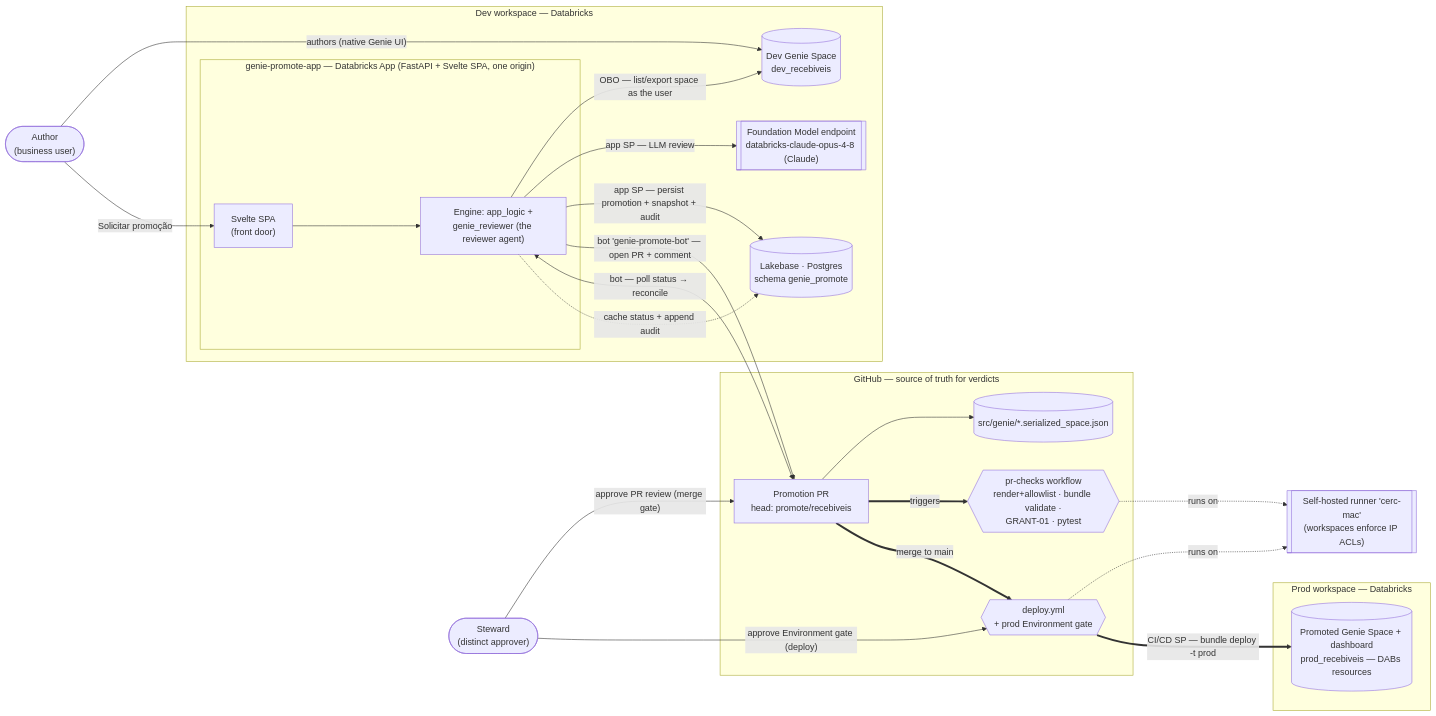
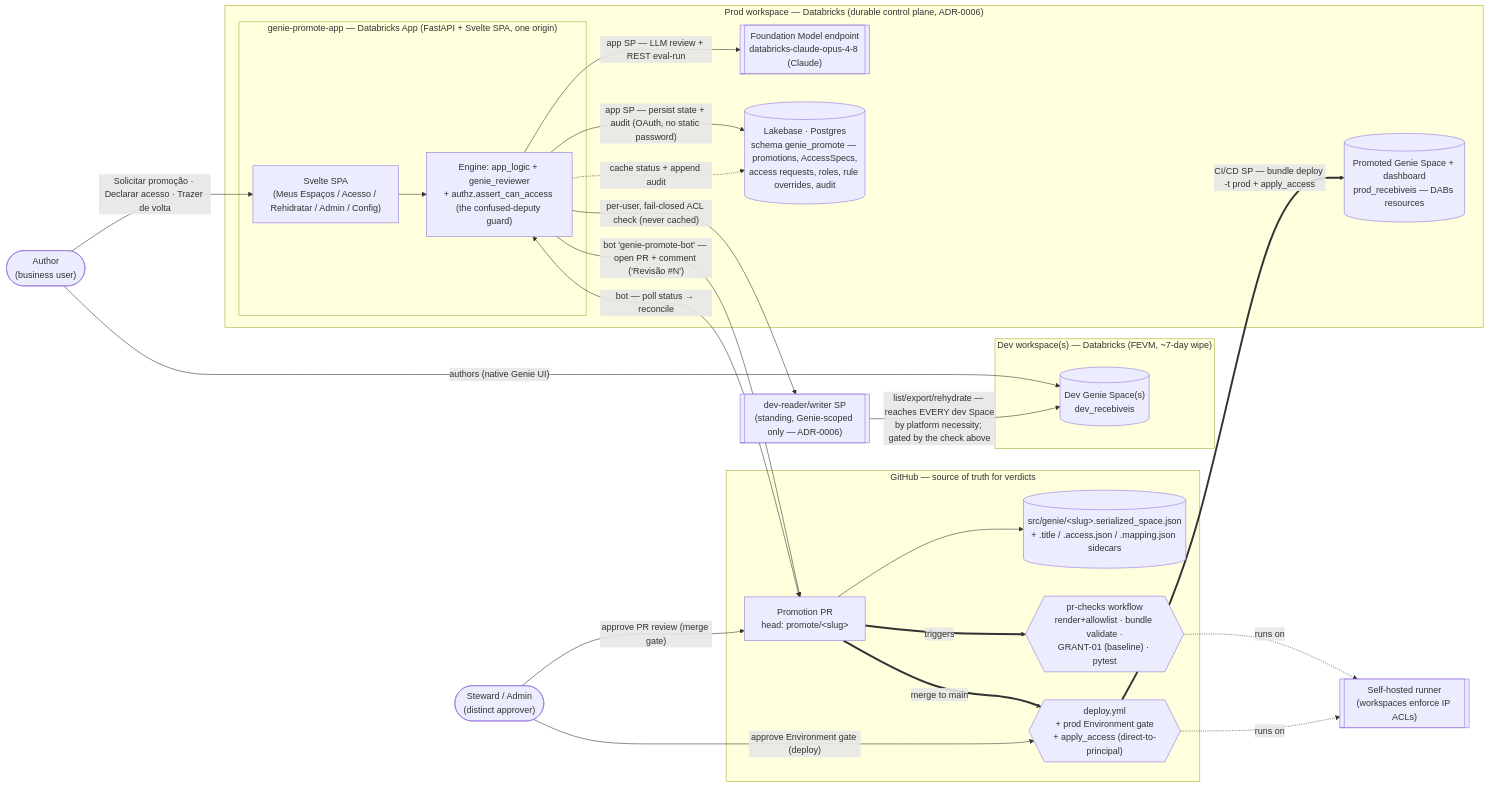
Before and after one commit to malcolndandaro/genie-promote-cicd: the first of 2 diagrams in README.md, drawn with Mermaid. The commit also changed other lines of this file and 16 other files, not shown here.

First line of the commit message:
Docs overhaul + real REST eval-run + 'Abrir Genie em produção' button

````diff
--- a/README.md
+++ b/README.md
@@ -15,46 +17,49 @@
 ```mermaid
 flowchart LR
   author(["Author<br/>(business user)"])
-  steward(["Steward<br/>(distinct approver)"])
+  steward(["Steward / Admin<br/>(distinct approver)"])
 
-  subgraph dev["Dev workspace — Databricks"]
-    genie[("Dev Genie Space<br/>dev_recebiveis")]
+  subgraph prod["Prod workspace — Databricks (durable control plane, ADR-0006)"]
     fm[["Foundation Model endpoint<br/>databricks-claude-opus-4-8 (Claude)"]]
-    lakebase[("Lakebase · Postgres<br/>schema genie_promote")]
+    lakebase[("Lakebase · Postgres<br/>schema genie_promote — promotions, AccessSpecs,<br/>access requests, roles, rule overrides, audit")]
     subgraph app["genie-promote-app — Databricks App (FastAPI + Svelte SPA, one origin)"]
-      spa["Svelte SPA<br/>(front door)"]
-      engine["Engine: app_logic +<br/>genie_reviewer (the reviewer agent)"]
+      spa["Svelte SPA<br/>(Meus Espaços / Acesso / Rehidratar / Admin / Config)"]
+      engine["Engine: app_logic + genie_reviewer<br/>+ authz.assert_can_access (the confused-deputy guard)"]
     end
-  end
-
-  subgraph gh["GitHub — source of truth for verdicts"]
-    src[("src/genie/*.serialized_space.json")]
-    pr["Promotion PR<br/>head: promote/recebiveis"]
-    checks{{"pr-checks workflow<br/>render+allowlist · bundle validate ·<br/>GRANT-01 · pytest"}}
-    deploy{{"deploy.yml<br/>+ prod Environment gate"}}
-  end
-
-  runner[["Self-hosted runner 'cerc-mac'<br/>(workspaces enforce IP ACLs)"]]
-
-  subgraph prod["Prod workspace — Databricks"]
     prodres[("Promoted Genie Space + dashboard<br/>prod_recebiveis — DABs resources")]
   end
 
+  subgraph devws["Dev workspace(s) — Databricks (FEVM, ~7-day wipe)"]
+    genie[("Dev Genie Space(s)<br/>dev_recebiveis")]
+  end
+
+  devsp[["dev-reader/writer SP<br/>(standing, Genie-scoped only — ADR-0006)"]]
+
+  subgraph gh["GitHub — source of truth for verdicts"]
+    src[("src/genie/&lt;slug&gt;.serialized_space.json<br/>+ .title / .access.json / .mapping.json sidecars")]
+    pr["Promotion PR<br/>head: promote/&lt;slug&gt;"]
+    checks{{"pr-checks workflow<br/>render+allowlist · bundle validate ·<br/>GRANT-01 (baseline) · pytest"}}
+    deploy{{"deploy.yml<br/>+ prod Environment gate<br/>+ apply_access (direct-to-principal)"}}
+  end
+
+  runner[["Self-hosted runner<br/>(workspaces enforce IP ACLs)"]]
+
   author -->|"authors (native Genie UI)"| genie
-  author -->|"Solicitar promoção"| spa
+  author -->|"Solicitar promoção · Declarar acesso · Trazer de volta"| spa
   spa --> engine
-  engine -->|"OBO — list/export space as the user"| genie
-  engine -->|"app SP — LLM review"| fm
-  engine -->|"app SP — persist promotion + snapshot + audit"| lakebase
-  engine -->|"bot 'genie-promote-bot' — open PR + comment"| pr
+  engine -->|"per-user, fail-closed ACL check (never cached)"| devsp
+  devsp -->|"list/export/rehydrate — reaches EVERY dev Space<br/>by platform necessity; gated by the check above"| genie
+  engine -->|"app SP — LLM review + REST eval-run"| fm
+  engine -->|"app SP — persist state + audit (OAuth, no static password)"| lakebase
+  engine -->|"bot 'genie-promote-bot' — open PR + comment ('Revisão #N')"| pr
   pr --> src
   pr ==>|triggers| checks
   checks -.->|runs on| runner
   steward -->|"approve PR review (merge gate)"| pr
   pr ==>|"merge to main"| deploy
   steward -->|"approve Environment gate (deploy)"| deploy
   deploy -.->|runs on| runner
-  deploy ==>|"CI/CD SP — bundle deploy -t prod"| prodres
+  deploy ==>|"CI/CD SP — bundle deploy -t prod + apply_access"| prodres
   engine <-->|"bot — poll status → reconcile"| pr
   engine -.->|"cache status + append audit"| lakebase
 ```
````
